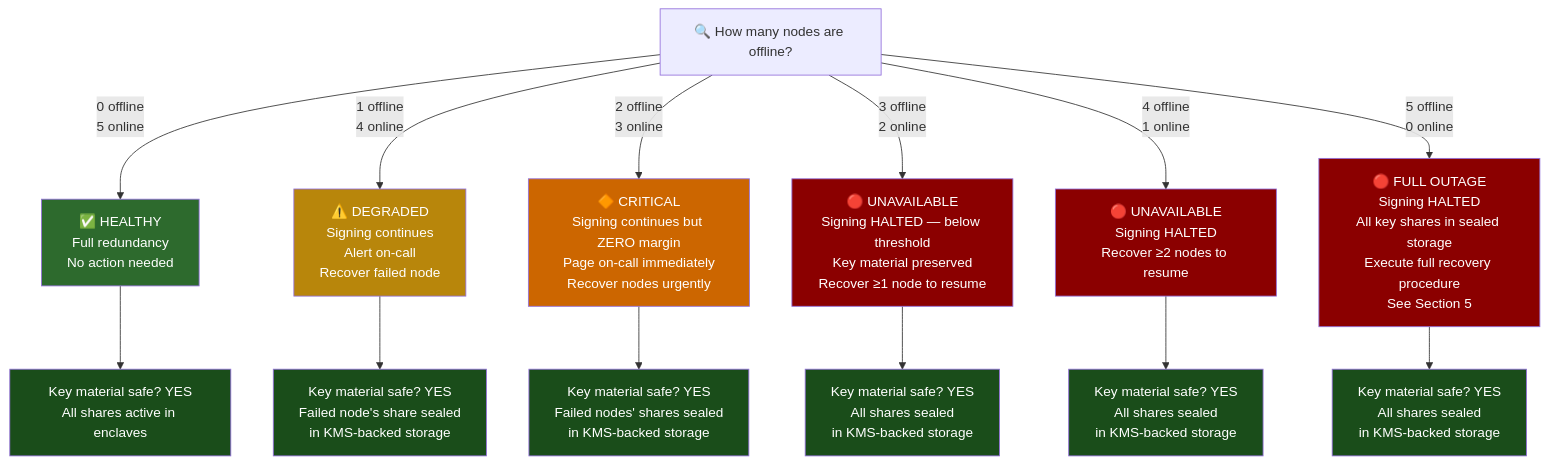
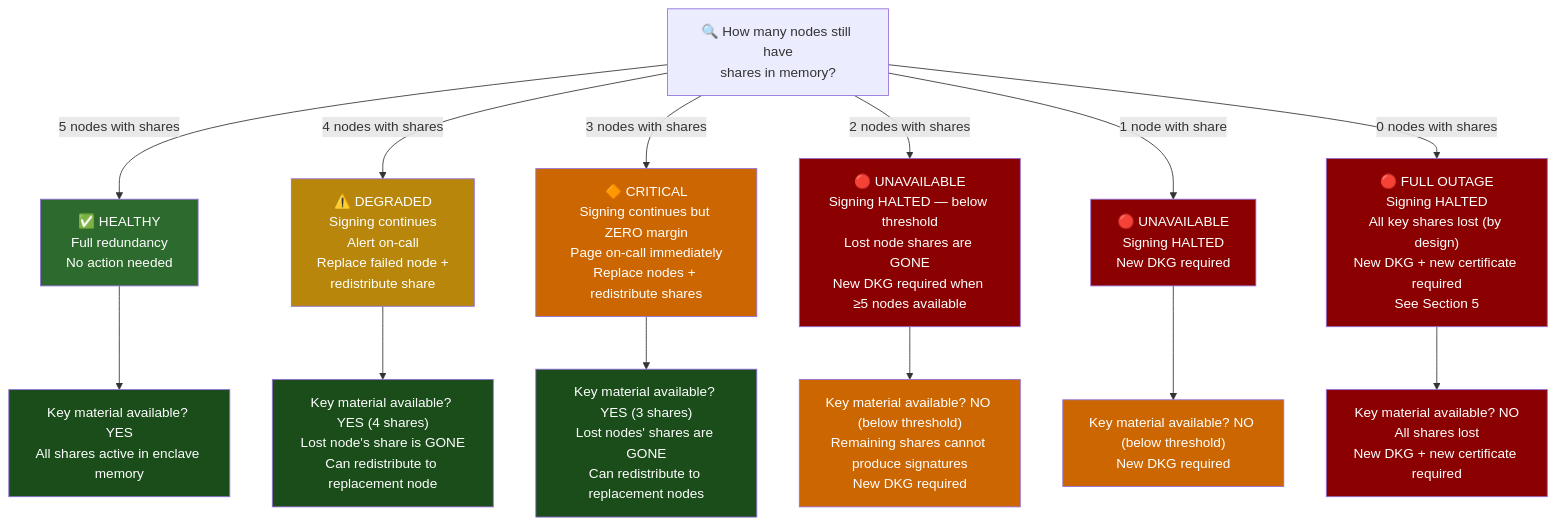
The first of 7 diagrams in docs/04-failure-modes-and-recovery.md (NickBorgers/confidential-computing-tsa), drawn with Mermaid before and after one commit. The commit also changed other lines of this file and 1 other file, not shown here.

First line of the commit message:
Adopt immutable software + ephemeral key model (Phase 3)

````diff
--- a/docs/04-failure-modes-and-recovery.md
+++ b/docs/04-failure-modes-and-recovery.md
@@ -20,31 +20,31 @@
 ```mermaid
 flowchart TD
-    START["🔍 How many nodes are offline?"]
+    START["🔍 How many nodes still have<br/>shares in memory?"]
 
-    START -->|0 offline<br/>5 online| H["✅ HEALTHY<br/>Full redundancy<br/>No action needed"]
-    START -->|1 offline<br/>4 online| D["⚠️ DEGRADED<br/>Signing continues<br/>Alert on-call<br/>Recover failed node"]
-    START -->|2 offline<br/>3 online| C["🔶 CRITICAL<br/>Signing continues but ZERO margin<br/>Page on-call immediately<br/>Recover nodes urgently"]
-    START -->|3 offline<br/>2 online| U1["🔴 UNAVAILABLE<br/>Signing HALTED — below threshold<br/>Key material preserved<br/>Recover ≥1 node to resume"]
-    START -->|4 offline<br/>1 online| U2["🔴 UNAVAILABLE<br/>Signing HALTED<br/>Recover ≥2 nodes to resume"]
-    START -->|5 offline<br/>0 online| FO["🔴 FULL OUTAGE<br/>Signing HALTED<br/>All key shares in sealed storage<br/>Execute full recovery procedure<br/>See Section 5"]
+    START -->|5 nodes with shares| H["✅ HEALTHY<br/>Full redundancy<br/>No action needed"]
+    START -->|4 nodes with shares| D["⚠️ DEGRADED<br/>Signing continues<br/>Alert on-call<br/>Replace failed node +<br/>redistribute share"]
+    START -->|3 nodes with shares| C["🔶 CRITICAL<br/>Signing continues but ZERO margin<br/>Page on-call immediately<br/>Replace nodes + redistribute shares"]
+    START -->|2 nodes with shares| U1["🔴 UNAVAILABLE<br/>Signing HALTED — below threshold<br/>Lost node shares are GONE<br/>New DKG required when ≥5 nodes available"]
+    START -->|1 node with share| U2["🔴 UNAVAILABLE<br/>Signing HALTED<br/>New DKG required"]
+    START -->|0 nodes with shares| FO["🔴 FULL OUTAGE<br/>Signing HALTED<br/>All key shares lost (by design)<br/>New DKG + new certificate required<br/>See Section 5"]
 
-    H --> KS1["Key material safe? YES<br/>All shares active in enclaves"]
-    D --> KS2["Key material safe? YES<br/>Failed node's share sealed<br/>in KMS-backed storage"]
-    C --> KS3["Key material safe? YES<br/>Failed nodes' shares sealed<br/>in KMS-backed storage"]
-    U1 --> KS4["Key material safe? YES<br/>All shares sealed<br/>in KMS-backed storage"]
-    U2 --> KS5["Key material safe? YES<br/>All shares sealed<br/>in KMS-backed storage"]
-    FO --> KS6["Key material safe? YES<br/>All shares sealed<br/>in KMS-backed storage"]
+    H --> KS1["Key material available? YES<br/>All shares active in enclave memory"]
+    D --> KS2["Key material available? YES (4 shares)<br/>Lost node's share is GONE<br/>Can redistribute to replacement node"]
+    C --> KS3["Key material available? YES (3 shares)<br/>Lost nodes' shares are GONE<br/>Can redistribute to replacement nodes"]
+    U1 --> KS4["Key material available? NO (below threshold)<br/>Remaining shares cannot produce signatures<br/>New DKG required"]
+    U2 --> KS5["Key material available? NO (below threshold)<br/>New DKG required"]
+    FO --> KS6["Key material available? NO<br/>All shares lost<br/>New DKG + new certificate required"]
 
     style H fill:#2d6a2d,color:#fff
     style D fill:#b8860b,color:#fff
     style C fill:#cc6600,color:#fff
     style U1 fill:#8b0000,color:#fff
     style U2 fill:#8b0000,color:#fff
     style FO fill:#8b0000,color:#fff
     style KS1 fill:#1a4d1a,color:#fff
     style KS2 fill:#1a4d1a,color:#fff
     style KS3 fill:#1a4d1a,color:#fff
-    style KS4 fill:#1a4d1a,color:#fff
-    style KS5 fill:#1a4d1a,color:#fff
-    style KS6 fill:#1a4d1a,color:#fff
+    style KS4 fill:#cc6600,color:#fff
+    style KS5 fill:#cc6600,color:#fff
+    style KS6 fill:#8b0000,color:#fff
 ```
````
